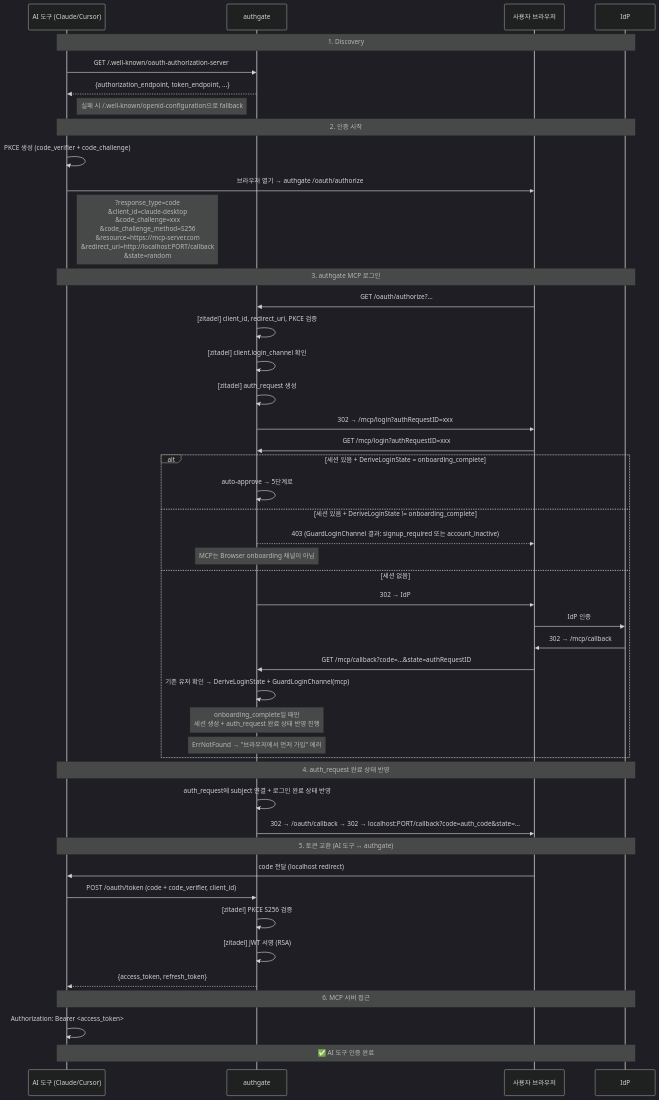
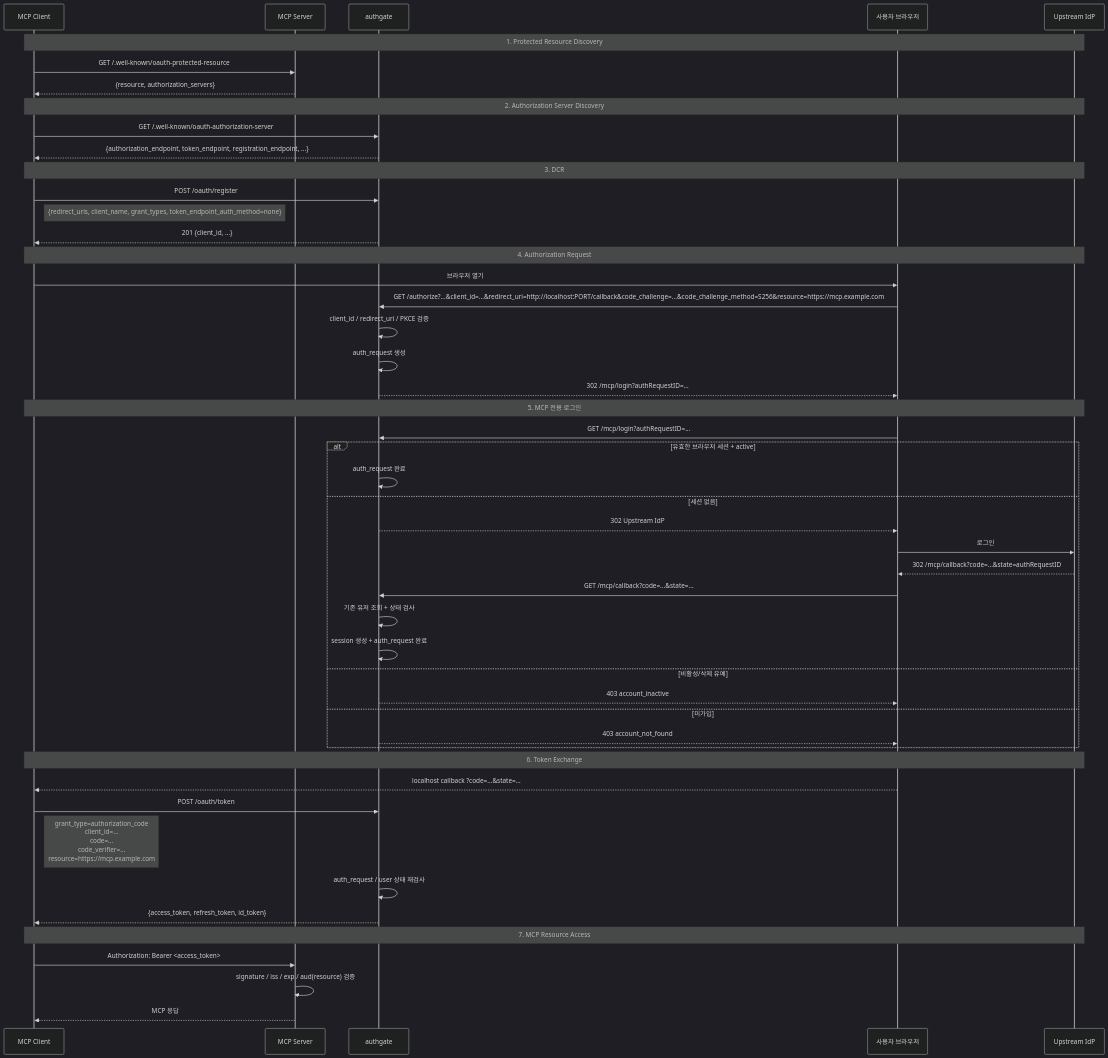
One commit to cagojeiger/authgate changed the diagram in docs/spec/004-mcp-login.md. Above: the diagram before and after it, drawn with Mermaid (dark theme). The commit also changed other lines of this file and 26 other files, not shown here.

First line of the commit message:
docs: sync all documentation with MCP OAuth implementation

````diff
--- a/docs/spec/004-mcp-login.md
+++ b/docs/spec/004-mcp-login.md
@@ -78,55 +157,57 @@
 ```mermaid
 sequenceDiagram
-    participant AI as AI 도구 (Claude/Cursor)
+    participant C as MCP Client
+    participant R as MCP Server
     participant AG as authgate
     participant U as 사용자 브라우저
-    participant G as IdP
+    participant G as Upstream IdP
 
-    Note over AI,G: 1. Discovery
-    AI->>AG: GET /.well-known/oauth-authorization-server
-    AG-->>AI: {authorization_endpoint, token_endpoint, ...}
-    Note right of AI: 실패 시 /.well-known/openid-configuration으로 fallback
+    Note over C,G: 1. Protected Resource Discovery
+    C->>R: GET /.well-known/oauth-protected-resource
+    R-->>C: {resource, authorization_servers}
 
-    Note over AI,G: 2. 인증 시작
-    AI->>AI: PKCE 생성 (code_verifier + code_challenge)
-    AI->>U: 브라우저 열기 → authgate /oauth/authorize
-    Note right of AI: ?response_type=code<br/>&client_id=claude-desktop<br/>&code_challenge=xxx<br/>&code_challenge_method=S256<br/>&resource=https://mcp-server.com<br/>&redirect_uri=http://localhost:PORT/callback<br/>&state=random
+    Note over C,G: 2. Authorization Server Discovery
+    C->>AG: GET /.well-known/oauth-authorization-server
+    AG-->>C: {authorization_endpoint, token_endpoint, registration_endpoint, ...}
 
-    Note over AI,G: 3. authgate MCP 로그인
-    U->>AG: GET /oauth/authorize?...
-    AG->>AG: [zitadel] client_id, redirect_uri, PKCE 검증
-    AG->>AG: [zitadel] client.login_channel 확인
-    AG->>AG: [zitadel] auth_request 생성
-    AG->>U: 302 → /mcp/login?authRequestID=xxx
+    Note over C,G: 3. DCR
+    C->>AG: POST /oauth/register
+    Note right of C: {redirect_uris, client_name, grant_types, token_endpoint_auth_method=none}
+    AG-->>C: 201 {client_id, ...}
 
-    U->>AG: GET /mcp/login?authRequestID=xxx
-    alt 세션 있음 + DeriveLoginState = onboarding_complete
-        AG->>AG: auto-approve → 5단계로
-    else 세션 있음 + DeriveLoginState != onboarding_complete
-        AG-->>U: 403 (GuardLoginChannel 결과: signup_required 또는 account_inactive)
-        Note over AG: MCP는 Browser onboarding 채널이 아님
+    Note over C,G: 4. Authorization Request
+    C->>U: 브라우저 열기
+    U->>AG: GET /authorize?...&client_id=...&redirect_uri=http://localhost:PORT/callback&code_challenge=...&code_challenge_method=S256&resource=https://mcp.example.com
+    AG->>AG: client_id / redirect_uri / PKCE 검증
+    AG->>AG: auth_request 생성
+    AG-->>U: 302 /mcp/login?authRequestID=...
+
+    Note over C,G: 5. MCP 전용 로그인
+    U->>AG: GET /mcp/login?authRequestID=...
+    alt 유효한 브라우저 세션 + active
+        AG->>AG: auth_request 완료
     else 세션 없음
-        AG->>U: 302 → IdP
-        U->>G: IdP 인증
-        G->>U: 302 → /mcp/callback
-        U->>AG: GET /mcp/callback?code=...&state=authRequestID
-        AG->>AG: 기존 유저 확인 → DeriveLoginState + GuardLoginChannel(mcp)
-        Note over AG: onboarding_complete일 때만<br/>세션 생성 + auth_request 완료 상태 반영 진행
-        Note over AG: ErrNotFound → "브라우저에서 먼저 가입" 에러
+        AG-->>U: 302 Upstream IdP
+        U->>G: 로그인
+        G-->>U: 302 /mcp/callback?code=...&state=authRequestID
+        U->>AG: GET /mcp/callback?code=...&state=...
+        AG->>AG: 기존 유저 조회 + 상태 검사
+        AG->>AG: session 생성 + auth_request 완료
+    else 비활성/삭제 유예
+        AG-->>U: 403 account_inactive
+    else 미가입
+        AG-->>U: 403 account_not_found
     end
 
-    Note over AI,G: 4. auth_request 완료 상태 반영
-    AG->>AG: auth_request에 subject 연결 + 로그인 완료 상태 반영
-    AG->>U: 302 → /oauth/callback → 302 → localhost:PORT/callback?code=auth_code&state=...
+    Note over C,G: 6. Token Exchange
+    U-->>C: localhost callback ?code=...&state=...
+    C->>AG: POST /oauth/token
+    Note right of C: grant_type=authorization_code<br/>client_id=...<br/>code=...<br/>code_verifier=...<br/>resource=https://mcp.example.com
+    AG->>AG: auth_request / user 상태 재검사
+    AG-->>C: {access_token, refresh_token, id_token}
 
-    Note over AI,G: 5. 토큰 교환 (AI 도구 ↔ authgate)
-    U->>AI: code 전달 (localhost redirect)
-    AI->>AG: POST /oauth/token (code + code_verifier, client_id)
-    AG->>AG: [zitadel] PKCE S256 검증
-    AG->>AG: [zitadel] JWT 서명 (RSA)
-    AG-->>AI: {access_token, refresh_token}
-
-    Note over AI,G: 6. MCP 서버 접근
-    AI->>AI: Authorization: Bearer <access_token>
-    Note over AI,G: ✅ AI 도구 인증 완료
+    Note over C,G: 7. MCP Resource Access
+    C->>R: Authorization: Bearer <access_token>
+    R->>R: signature / iss / exp / aud(resource) 검증
+    R-->>C: MCP 응답
 ```
````
